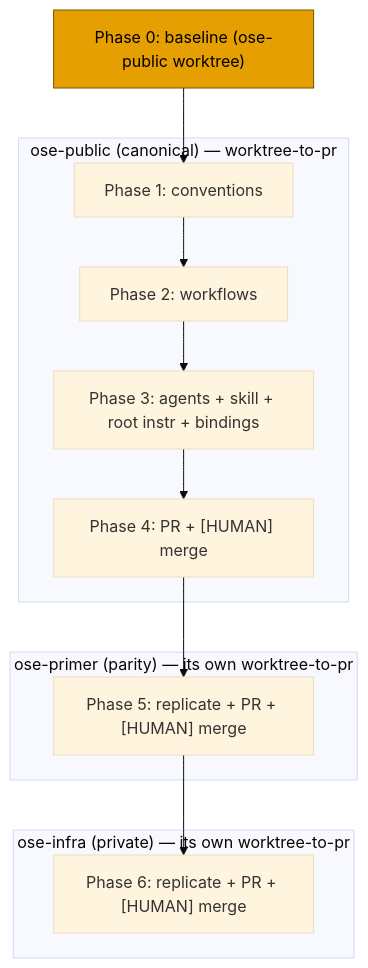
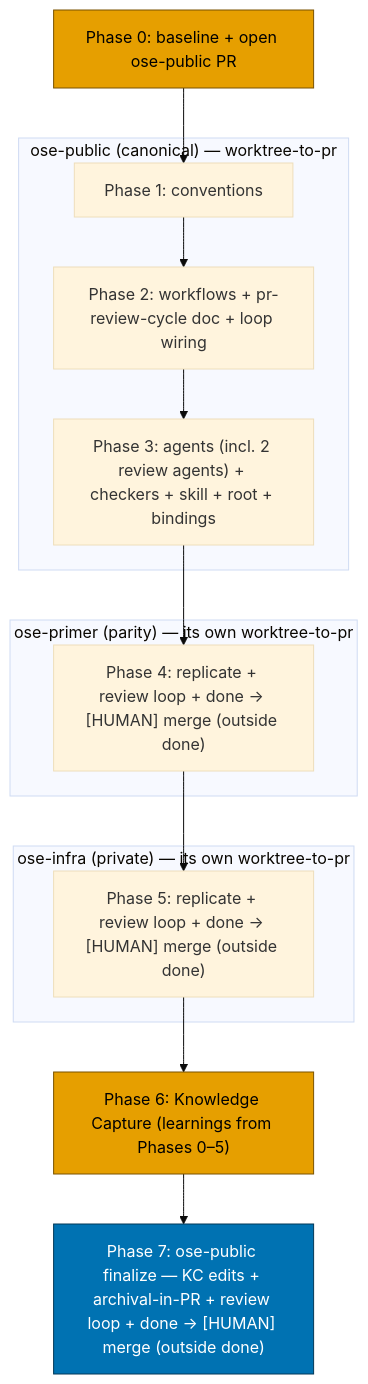
Before and after one commit to wahidyankf/baseerah: the first of 3 diagrams in plans/in-progress/worktree-to-pr-default-delivery-mode/tech-docs.md, drawn with Mermaid (base theme). The commit also changed other lines of this file and 3 other files, not shown here.

First line of the commit message:
docs(plans): add PR-review maker-fixer cycle spec to worktree-to-pr plan

````diff
--- a/plans/in-progress/worktree-to-pr-default-delivery-mode/tech-docs.md
+++ b/plans/in-progress/worktree-to-pr-default-delivery-mode/tech-docs.md
@@ -30,18 +30,22 @@
 ```mermaid
-%% Per-repo delivery, each via its own worktree + PR
+%% Per-repo delivery — ose-public content is built first but its PR FINALIZES LAST
+%% (it must carry the Knowledge-Capture edits + archival-in-PR); each repo runs its own review loop.
 flowchart TD
-  P0["Phase 0: baseline (ose-public worktree)"]:::env
+  P0["Phase 0: baseline + open ose-public PR"]:::env
   subgraph PUB["ose-public (canonical) — worktree-to-pr"]
-    C1["Phase 1: conventions"] --> C2["Phase 2: workflows"] --> C3["Phase 3: agents + skill + root instr + bindings"] --> C4["Phase 4: PR + [HUMAN] merge"]
+    C1["Phase 1: conventions"] --> C2["Phase 2: workflows + pr-review-cycle doc + loop wiring"] --> C3["Phase 3: agents (incl. 2 review agents) + checkers + skill + root + bindings"]
   end
   subgraph PRI["ose-primer (parity) — its own worktree-to-pr"]
-    D5["Phase 5: replicate + PR + [HUMAN] merge"]
+    D4["Phase 4: replicate + review loop + done → [HUMAN] merge (outside done)"]
   end
   subgraph INF["ose-infra (private) — its own worktree-to-pr"]
-    D6["Phase 6: replicate + PR + [HUMAN] merge"]
+    D5["Phase 5: replicate + review loop + done → [HUMAN] merge (outside done)"]
   end
+  KC["Phase 6: Knowledge Capture (learnings from Phases 0–5)"]:::env
+  FIN["Phase 7: ose-public finalize — KC edits + archival-in-PR + review loop + done → [HUMAN] merge (outside done)"]:::fin
   P0 --> C1
-  C4 --> D5 --> D6
+  C3 --> D4 --> D5 --> KC --> FIN
 
   classDef env fill:#E69F00,stroke:#7a5300,color:#000000;
+  classDef fin fill:#0072B2,stroke:#023858,color:#ffffff;
 ```
````
